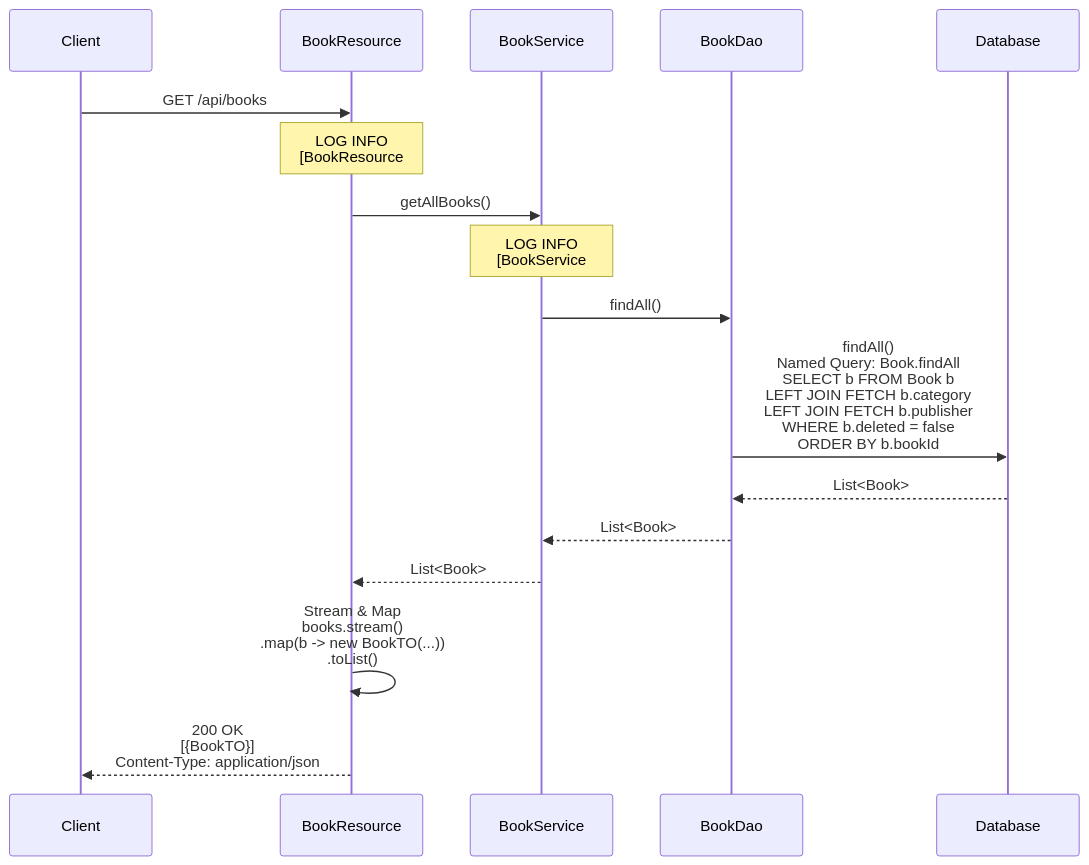
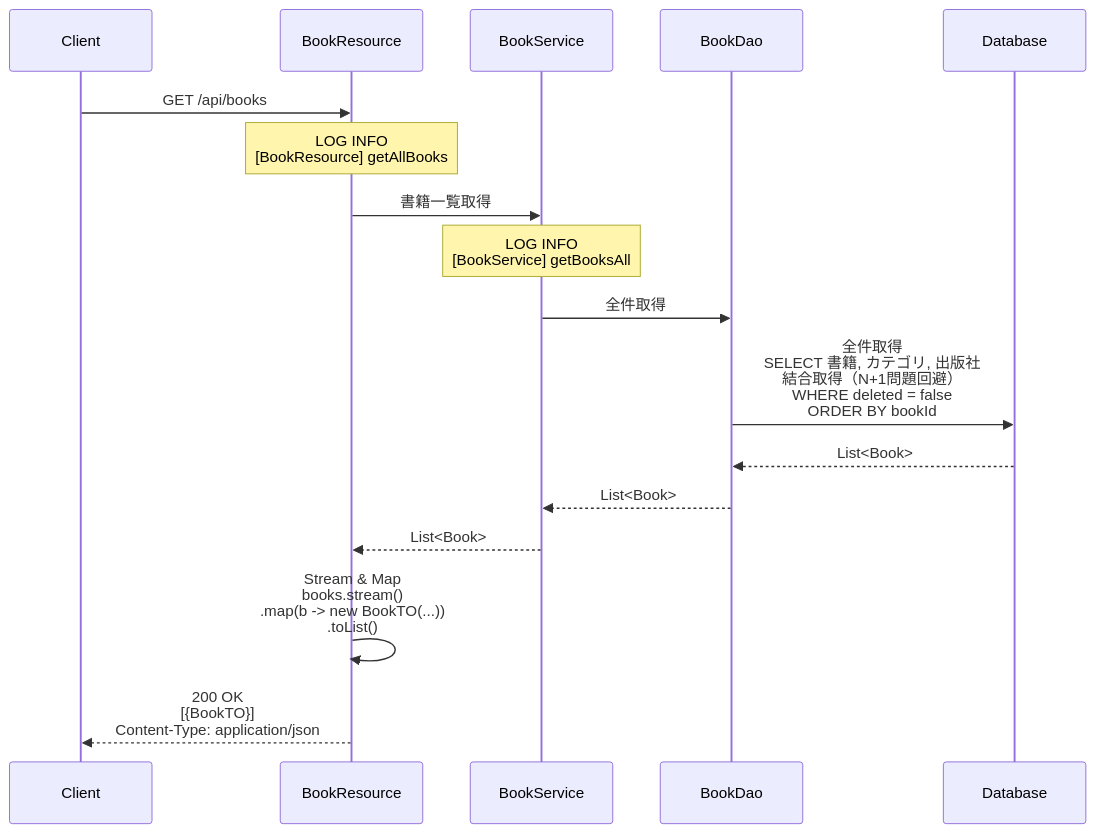
The first of 8 diagrams in projects/sdd/bookstore/back-office-api-sdd/specs/baseline/api/API_002_books/functional_design.md (KenyaSaitoh/ai_driven_dev_202601), drawn with Mermaid before and after one commit. The commit also changed other lines of this file and 52 other files, not shown here.

````diff
--- a/projects/sdd/bookstore/back-office-api-sdd/specs/baseline/api/API_002_books/functional_design.md
+++ b/projects/sdd/bookstore/back-office-api-sdd/specs/baseline/api/API_002_books/functional_design.md
@@ -569,22 +525,22 @@
 ```mermaid
 sequenceDiagram
     participant Client
     participant BookResource
     participant BookService
     participant BookDao
     participant Database
 
     Client->>BookResource: GET /api/books
-    Note over BookResource: LOG INFO<br/>[BookResource#getAllBooks]
-    BookResource->>BookService: getAllBooks()
-    Note over BookService: LOG INFO<br/>[BookService#getAllBooks]
-    BookService->>BookDao: findAll()
-    BookDao->>Database: findAll()<br/>Named Query: Book.findAll<br/>SELECT b FROM Book b<br/>LEFT JOIN FETCH b.category<br/>LEFT JOIN FETCH b.publisher<br/>WHERE b.deleted = false<br/>ORDER BY b.bookId
+    Note over BookResource: LOG INFO<br/>[BookResource] getAllBooks
+    BookResource->>BookService: 書籍一覧取得
+    Note over BookService: LOG INFO<br/>[BookService] getBooksAll
+    BookService->>BookDao: 全件取得
+    BookDao->>Database: 全件取得<br/>SELECT 書籍, カテゴリ, 出版社<br/>結合取得（N+1問題回避）<br/>WHERE deleted = false<br/>ORDER BY bookId
     Database-->>BookDao: List<Book>
     BookDao-->>BookService: List<Book>
     BookService-->>BookResource: List<Book>
     
     BookResource->>BookResource: Stream & Map<br/>books.stream()<br/>.map(b -> new BookTO(...))<br/>.toList()
     
     BookResource-->>Client: 200 OK<br/>[{BookTO}]<br/>Content-Type: application/json
 ```
````
